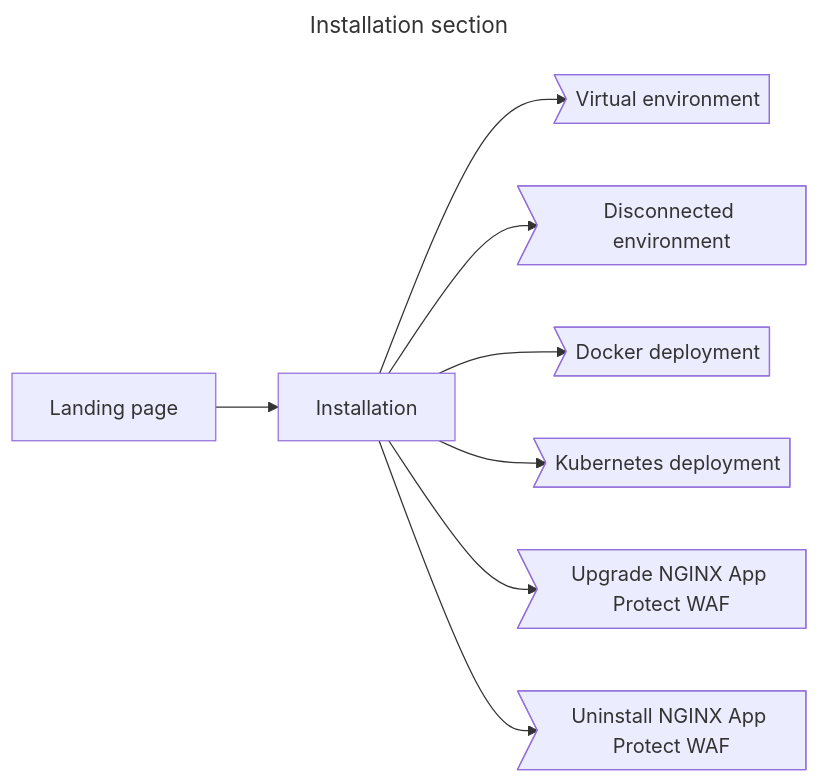
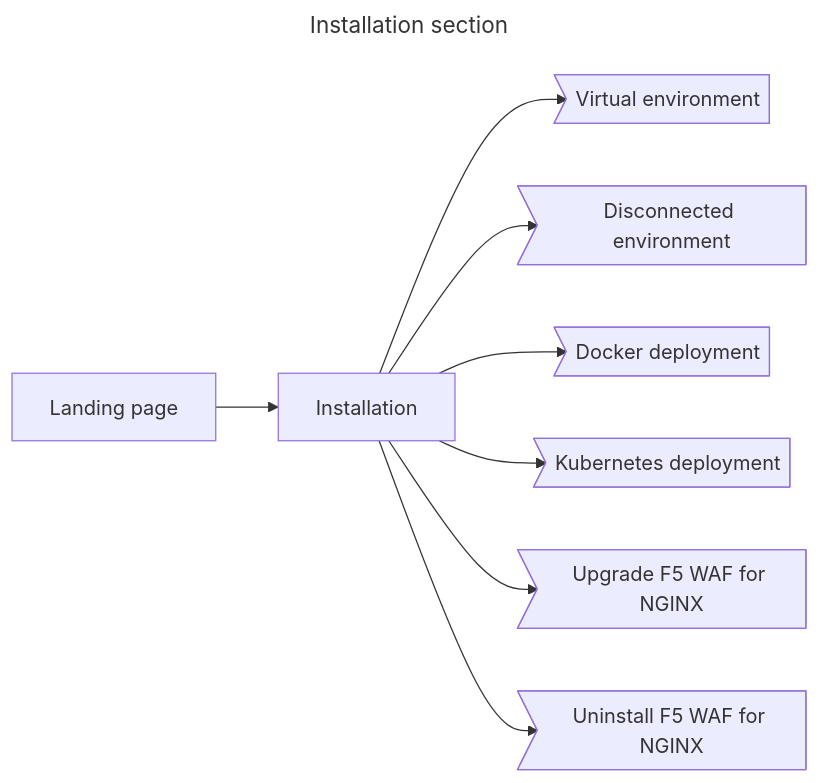
Before and after one commit to zahava-brown/documentation: the fifth of 7 diagrams in documentation/proposals/DOP-001.md, drawn with Mermaid. The commit also changed other lines of this file and 276 other files, not shown here.

First line of the commit message:
feat: F5 WAF for NGINX 5.9 Refactor (#949)

````diff
--- a/documentation/proposals/DOP-001.md
+++ b/documentation/proposals/DOP-001.md
@@ -310,26 +310,26 @@
 ```mermaid
 ---
 title: Installation section
 ---
 flowchart LR
 
     lp[Landing page]
     is[Installation]
 
     lp --> is
 
     vi>Virtual environment]
     de>Disconnected environment]
     di>Docker deployment]
     ki>Kubernetes deployment]
-    upa>Upgrade NGINX App Protect WAF]
-    una>Uninstall NGINX App Protect WAF]
+    upa>Upgrade F5 WAF for NGINX]
+    una>Uninstall F5 WAF for NGINX]
 
     is --> vi
     is --> de
     is --> di
     is --> ki
     is --> upa
     is --> una
  
 ```
````
